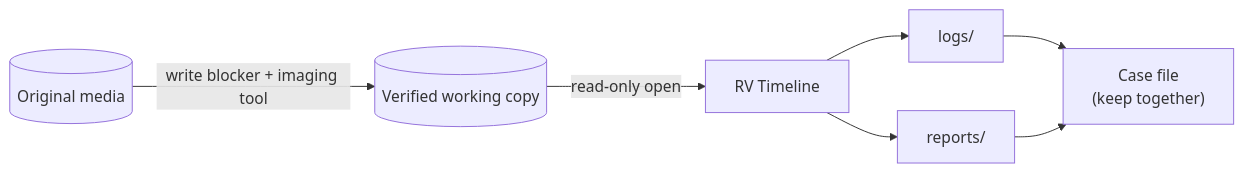
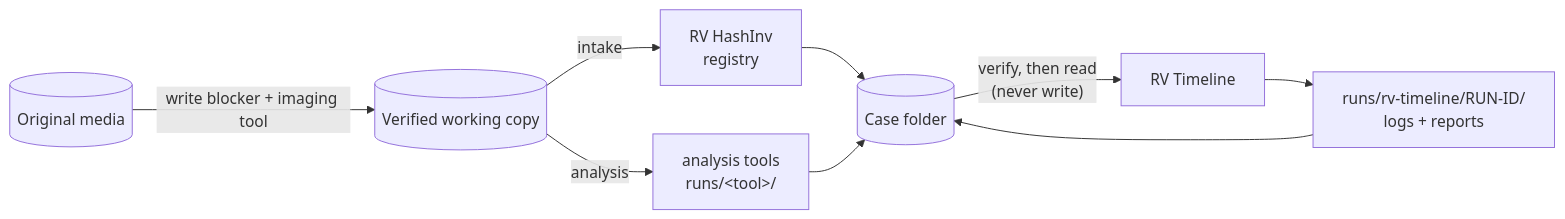
The fourth of 4 diagrams in docs/forensic-audit.md (Panacota96/rv-timeline), drawn with Mermaid before and after one commit. The commit also changed other lines of this file and 984 other files, not shown here.

First line of the commit message:
feat: RV Timeline v0.1 — cited case timeline from the Rakvor tools' outputs (#3)

````diff
--- a/docs/forensic-audit.md
+++ b/docs/forensic-audit.md
@@ -154,8 +165,11 @@
 ```mermaid
 flowchart LR
     O[("Original media")] -->|write blocker + imaging tool| C[("Verified working copy")]
-    C -->|read-only open| T["RV Timeline"]
-    T --> L["logs/"]
-    T --> R["reports/"]
-    L & R --> K["Case file<br/>(keep together)"]
+    C -->|intake| H["RV HashInv<br/>registry"]
+    C -->|analysis| A["analysis tools<br/>runs/&lt;tool&gt;/"]
+    H --> CF[("Case folder")]
+    A --> CF
+    CF -->|"verify, then read<br/>(never write)"| T["RV Timeline"]
+    T --> RT["runs/rv-timeline/RUN-ID/<br/>logs + reports"]
+    RT --> CF
 ```
````
